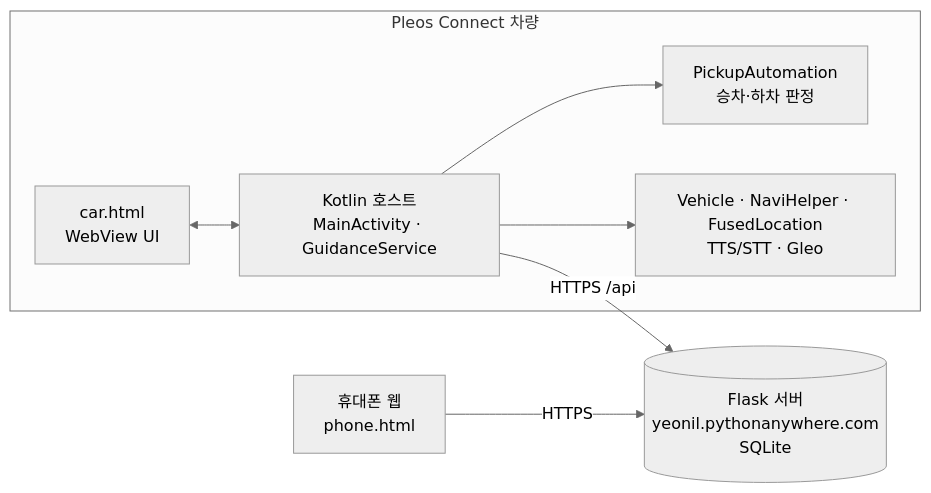
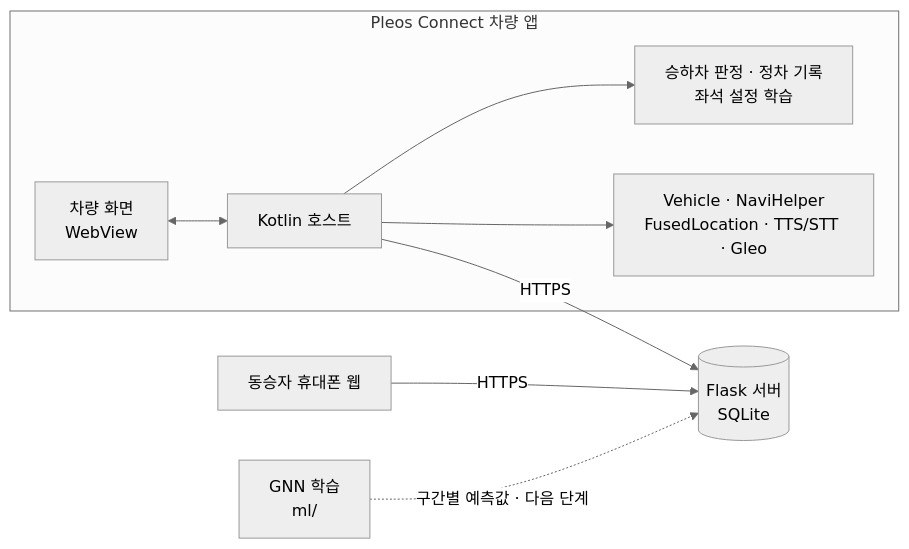
One commit to oumuamuatony/Pooly changed the diagram in README.md. Above: the diagram before and after it, drawn with Mermaid (neutral theme). The commit also changed other lines of this file, not shown here.

````diff
--- a/README.md
+++ b/README.md
@@ -30,10 +109,11 @@
 ```mermaid
 flowchart LR
-  subgraph Car[Pleos Connect 차량]
-    UI[car.html<br/>WebView UI] <--> Host[Kotlin 호스트<br/>MainActivity · GuidanceService]
-    Host --> Auto[PickupAutomation<br/>승차·하차 판정]
-    Host --> SDK[Vehicle · NaviHelper · FusedLocation<br/>TTS/STT · Gleo]
+  subgraph Car[Pleos Connect 차량 앱]
+    UI[차량 화면<br/>WebView] <--> Host[Kotlin 호스트]
+    Host --> Auto[승하차 판정 · 정차 기록<br/>좌석 설정 학습]
+    Host --> SDK[Vehicle · NaviHelper<br/>FusedLocation · TTS/STT · Gleo]
   end
-  Phone[휴대폰 웹<br/>phone.html] -- HTTPS --> Server
-  Host -- HTTPS /api --> Server[(Flask 서버<br/>yeonil.pythonanywhere.com<br/>SQLite)]
+  Phone[동승자 휴대폰 웹] -- HTTPS --> Server
+  Host -- HTTPS --> Server[(Flask 서버<br/>SQLite)]
+  ML[GNN 학습<br/>ml/] -. 구간별 예측값 · 다음 단계 .-> Server
 ```
````
